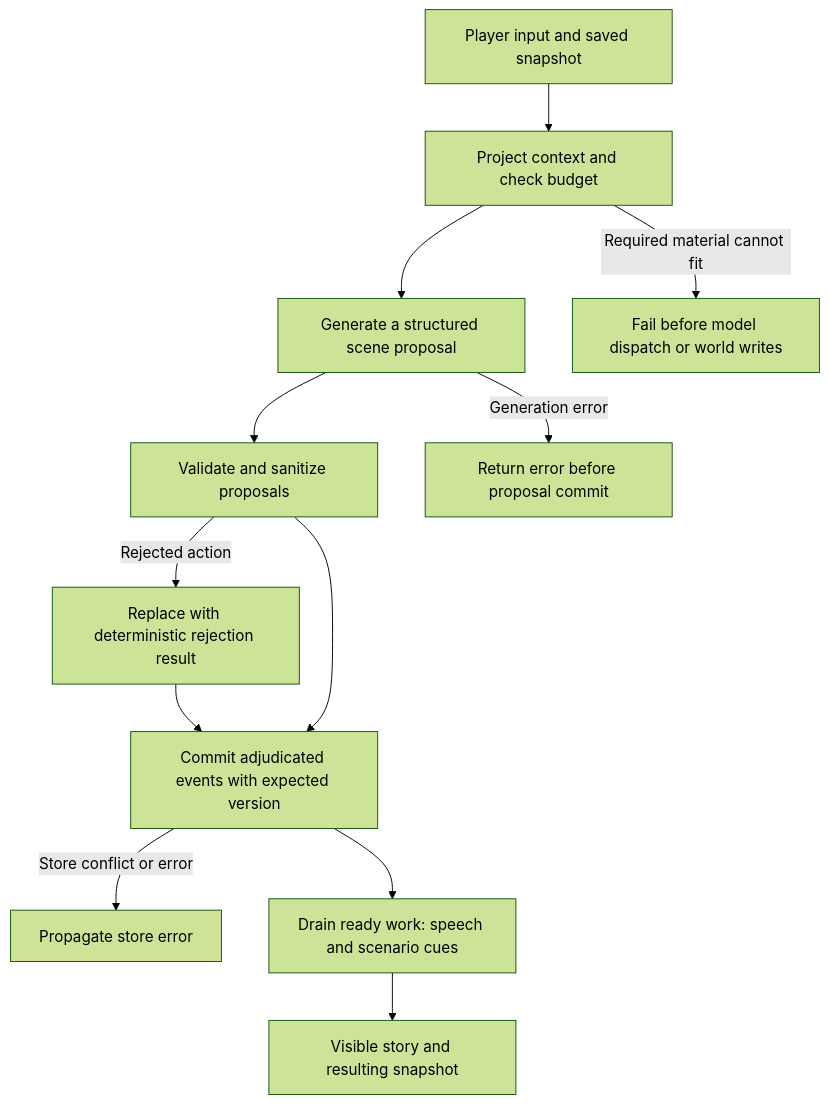
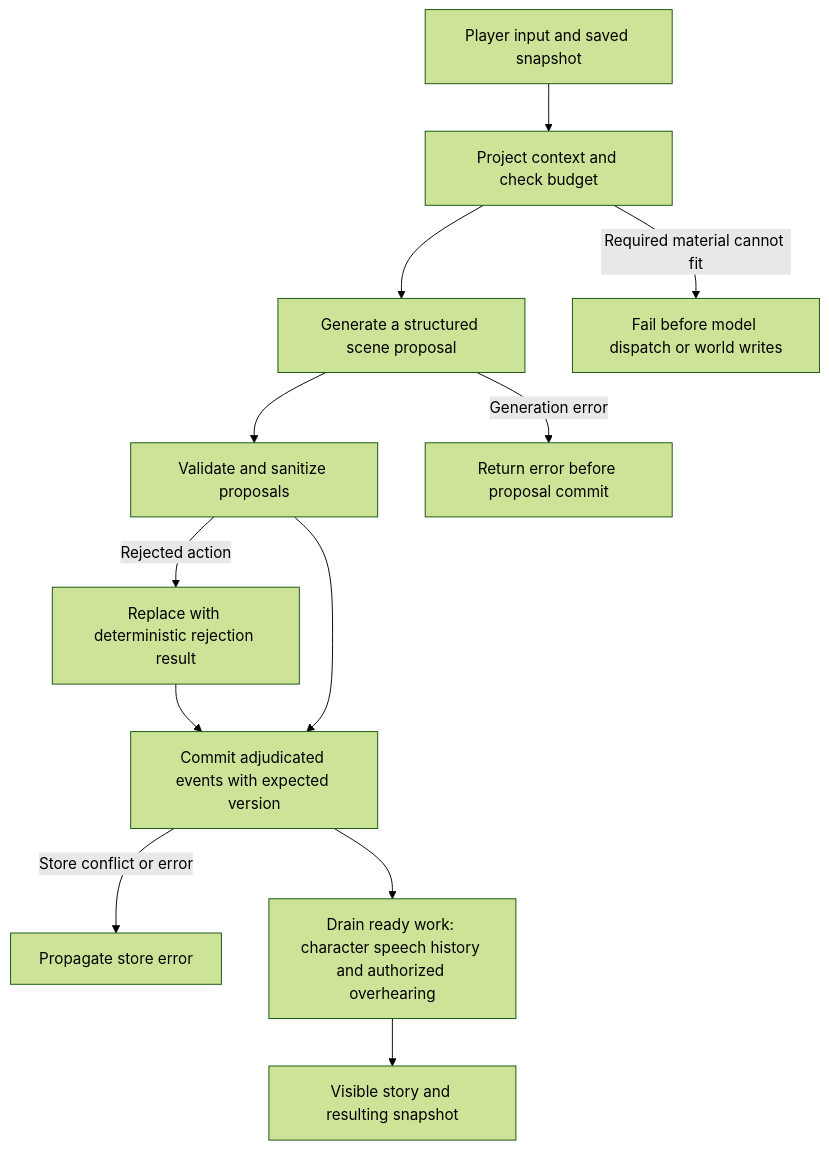
One commit to storyloop0/storyloop-harness changed the second of 3 diagrams in README.en.md. Above: the diagram before and after it, drawn with Mermaid (forest theme). The commit also changed other lines of this file and 14 other files, not shown here.

````diff
--- a/README.en.md
+++ b/README.en.md
@@ -303,14 +320,14 @@
 ```mermaid
 flowchart TD
     Input[Player input and saved snapshot] --> Project[Project context and check budget]
     Project --> Generate[Generate a structured scene proposal]
     Project -->|Required material cannot fit| Fail[Fail before model dispatch or world writes]
     Generate --> Validate[Validate and sanitize proposals]
     Generate -->|Generation error| Stop[Return error before proposal commit]
     Validate -->|Rejected action| Rejected[Replace with deterministic rejection result]
     Rejected --> Commit
     Validate --> Commit[Commit adjudicated events with expected version]
     Commit -->|Store conflict or error| StoreError[Propagate store error]
-    Commit --> Work[Drain ready work: speech and scenario cues]
+    Commit --> Work[Drain ready work: character speech history and authorized overhearing]
     Work --> Output[Visible story and resulting snapshot]
 ```
````
